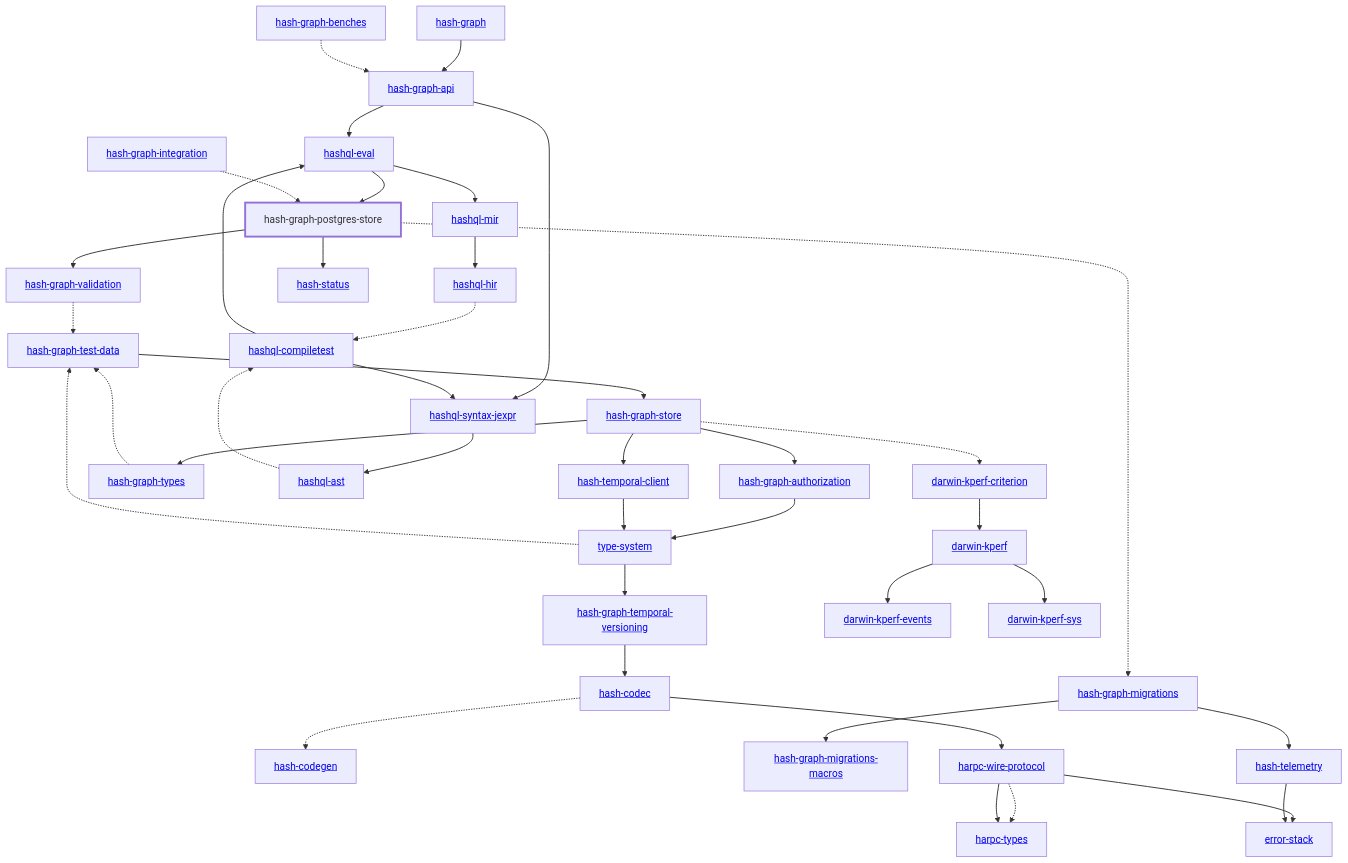
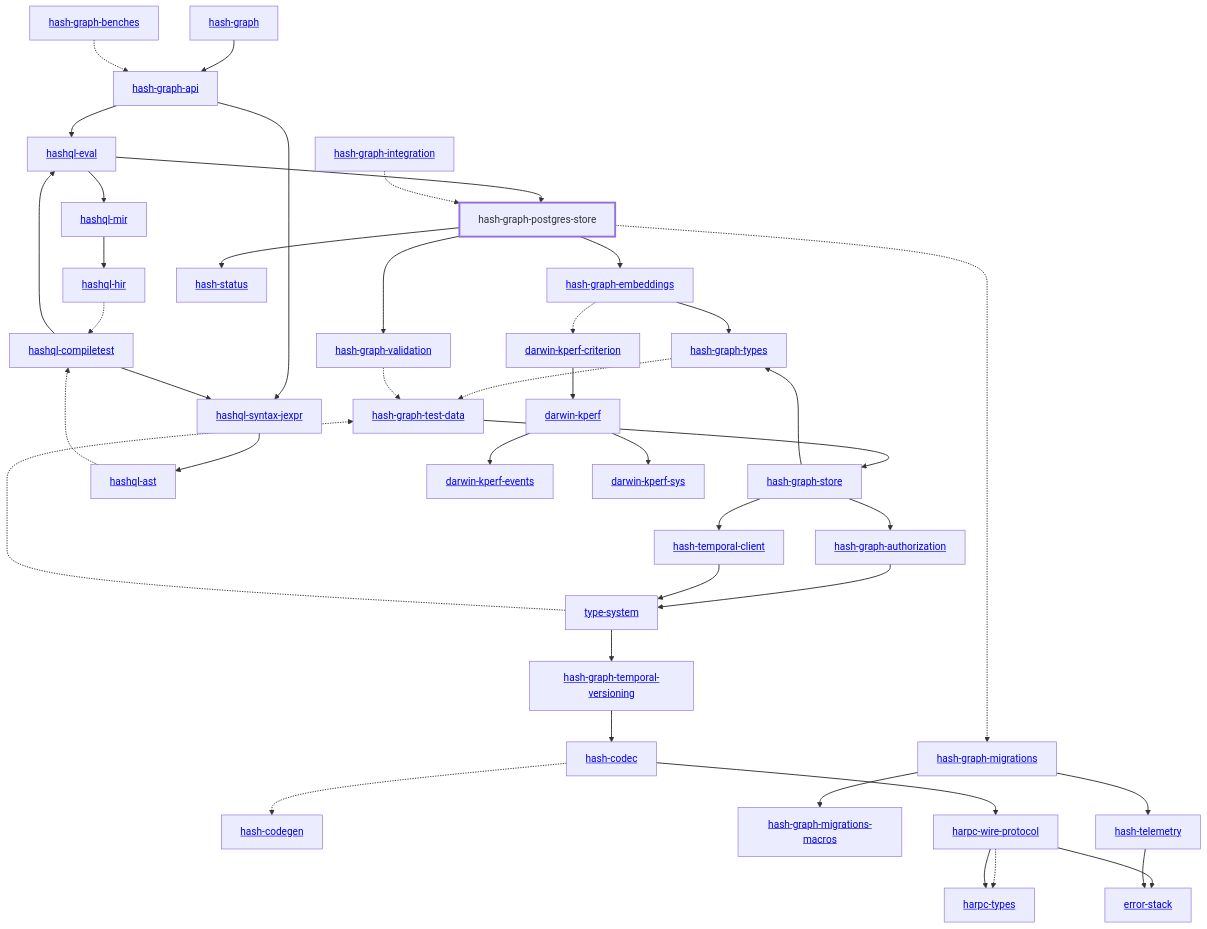
One commit to hashintel/hash changed the diagram in libs/@local/graph/postgres-store/docs/dependency-diagram.mmd. Above: the diagram before and after it, drawn with Mermaid. The commit also changed 26 other files, not shown here.

```diff
--- a/libs/@local/graph/postgres-store/docs/dependency-diagram.mmd
+++ b/libs/@local/graph/postgres-store/docs/dependency-diagram.mmd
@@ -1,82 +1,85 @@
 graph TD
     linkStyle default stroke-width:1.5px
     classDef default stroke-width:1px
     classDef root stroke-width:3px
     classDef dev stroke-width:1px
     classDef build stroke-width:1px
     %% Legend
     %% --> : Normal dependency
     %% -.-> : Dev dependency
     %% ---> : Build dependency
     0[<a href="../hash_graph/index.html">hash-graph</a>]
     1[<a href="../type_system/index.html">type-system</a>]
     2[<a href="../hash_codec/index.html">hash-codec</a>]
     3[<a href="../hash_codegen/index.html">hash-codegen</a>]
     4[<a href="../hash_graph_api/index.html">hash-graph-api</a>]
     5[<a href="../hash_graph_authorization/index.html">hash-graph-authorization</a>]
-    6[<a href="../hash_graph_migrations/index.html">hash-graph-migrations</a>]
-    7[<a href="../hash_graph_migrations_macros/index.html">hash-graph-migrations-macros</a>]
-    8[hash-graph-postgres-store]
-    class 8 root
-    9[<a href="../hash_graph_store/index.html">hash-graph-store</a>]
-    10[<a href="../hash_graph_temporal_versioning/index.html">hash-graph-temporal-versioning</a>]
-    11[<a href="../hash_graph_types/index.html">hash-graph-types</a>]
-    12[<a href="../hash_graph_validation/index.html">hash-graph-validation</a>]
-    13[<a href="../harpc_types/index.html">harpc-types</a>]
-    14[<a href="../harpc_wire_protocol/index.html">harpc-wire-protocol</a>]
-    15[<a href="../hashql_ast/index.html">hashql-ast</a>]
-    16[<a href="../hashql_compiletest/index.html">hashql-compiletest</a>]
-    17[<a href="../hashql_eval/index.html">hashql-eval</a>]
-    18[<a href="../hashql_hir/index.html">hashql-hir</a>]
-    19[<a href="../hashql_mir/index.html">hashql-mir</a>]
-    20[<a href="../hashql_syntax_jexpr/index.html">hashql-syntax-jexpr</a>]
-    21[<a href="../hash_status/index.html">hash-status</a>]
-    22[<a href="../hash_telemetry/index.html">hash-telemetry</a>]
-    23[<a href="../hash_temporal_client/index.html">hash-temporal-client</a>]
-    24[<a href="../darwin_kperf/index.html">darwin-kperf</a>]
-    25[<a href="../darwin_kperf_criterion/index.html">darwin-kperf-criterion</a>]
-    26[<a href="../darwin_kperf_events/index.html">darwin-kperf-events</a>]
-    27[<a href="../darwin_kperf_sys/index.html">darwin-kperf-sys</a>]
-    28[<a href="../error_stack/index.html">error-stack</a>]
-    29[<a href="../hash_graph_benches/index.html">hash-graph-benches</a>]
-    30[<a href="../hash_graph_integration/index.html">hash-graph-integration</a>]
-    31[<a href="../hash_graph_test_data/index.html">hash-graph-test-data</a>]
+    6[<a href="../hash_graph_embeddings/index.html">hash-graph-embeddings</a>]
+    7[<a href="../hash_graph_migrations/index.html">hash-graph-migrations</a>]
+    8[<a href="../hash_graph_migrations_macros/index.html">hash-graph-migrations-macros</a>]
+    9[hash-graph-postgres-store]
+    class 9 root
+    10[<a href="../hash_graph_store/index.html">hash-graph-store</a>]
+    11[<a href="../hash_graph_temporal_versioning/index.html">hash-graph-temporal-versioning</a>]
+    12[<a href="../hash_graph_types/index.html">hash-graph-types</a>]
+    13[<a href="../hash_graph_validation/index.html">hash-graph-validation</a>]
+    14[<a href="../harpc_types/index.html">harpc-types</a>]
+    15[<a href="../harpc_wire_protocol/index.html">harpc-wire-protocol</a>]
+    16[<a href="../hashql_ast/index.html">hashql-ast</a>]
+    17[<a href="../hashql_compiletest/index.html">hashql-compiletest</a>]
+    18[<a href="../hashql_eval/index.html">hashql-eval</a>]
+    19[<a href="../hashql_hir/index.html">hashql-hir</a>]
+    20[<a href="../hashql_mir/index.html">hashql-mir</a>]
+    21[<a href="../hashql_syntax_jexpr/index.html">hashql-syntax-jexpr</a>]
+    22[<a href="../hash_status/index.html">hash-status</a>]
+    23[<a href="../hash_telemetry/index.html">hash-telemetry</a>]
+    24[<a href="../hash_temporal_client/index.html">hash-temporal-client</a>]
+    25[<a href="../darwin_kperf/index.html">darwin-kperf</a>]
+    26[<a href="../darwin_kperf_criterion/index.html">darwin-kperf-criterion</a>]
+    27[<a href="../darwin_kperf_events/index.html">darwin-kperf-events</a>]
+    28[<a href="../darwin_kperf_sys/index.html">darwin-kperf-sys</a>]
+    29[<a href="../error_stack/index.html">error-stack</a>]
+    30[<a href="../hash_graph_benches/index.html">hash-graph-benches</a>]
+    31[<a href="../hash_graph_integration/index.html">hash-graph-integration</a>]
+    32[<a href="../hash_graph_test_data/index.html">hash-graph-test-data</a>]
     0 --> 4
-    1 --> 10
-    1 -.-> 31
+    1 --> 11
+    1 -.-> 32
     2 -.-> 3
-    2 --> 14
-    4 --> 17
-    4 --> 20
+    2 --> 15
+    4 --> 18
+    4 --> 21
     5 --> 1
-    6 --> 7
-    6 --> 22
-    8 -.-> 6
-    8 --> 12
-    8 --> 21
-    9 --> 5
-    9 --> 11
-    9 --> 23
-    9 -.-> 25
-    10 --> 2
-    11 -.-> 31
-    12 -.-> 31
-    14 -.-> 13
-    14 --> 13
-    14 --> 28
-    15 -.-> 16
-    16 --> 17
-    16 --> 20
-    17 --> 8
-    17 --> 19
-    18 -.-> 16
-    19 --> 18
-    20 --> 15
-    22 --> 28
-    23 --> 1
-    24 --> 26
-    24 --> 27
-    25 --> 24
-    29 -.-> 4
-    30 -.-> 8
-    31 --> 9
+    6 --> 12
+    6 -.-> 26
+    7 --> 8
+    7 --> 23
+    9 --> 6
+    9 -.-> 7
+    9 --> 13
+    9 --> 22
+    10 --> 5
+    10 --> 12
+    10 --> 24
+    11 --> 2
+    12 -.-> 32
+    13 -.-> 32
+    15 -.-> 14
+    15 --> 14
+    15 --> 29
+    16 -.-> 17
+    17 --> 18
+    17 --> 21
+    18 --> 9
+    18 --> 20
+    19 -.-> 17
+    20 --> 19
+    21 --> 16
+    23 --> 29
+    24 --> 1
+    25 --> 27
+    25 --> 28
+    26 --> 25
+    30 -.-> 4
+    31 -.-> 9
+    32 --> 10
```
